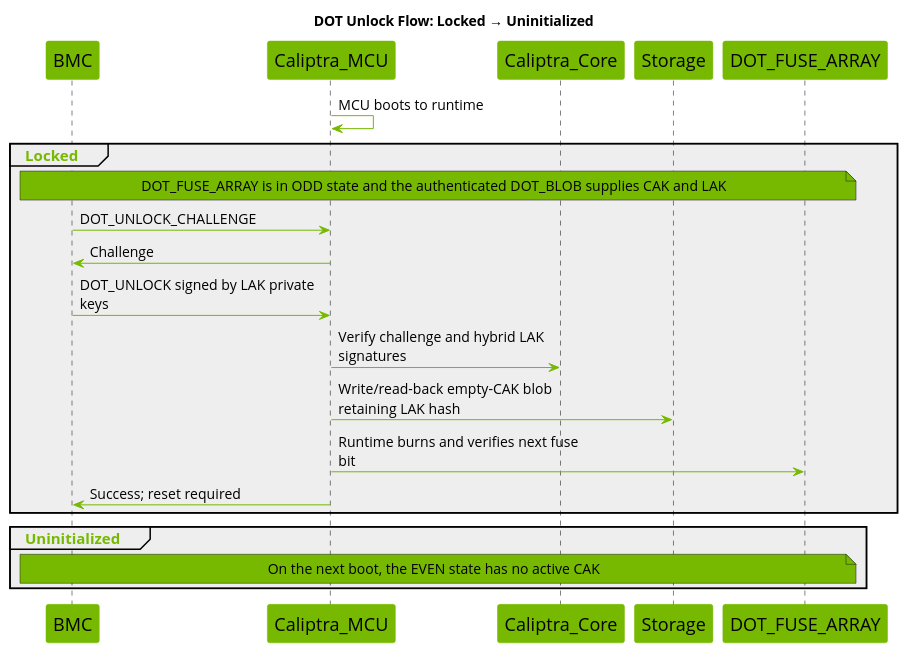
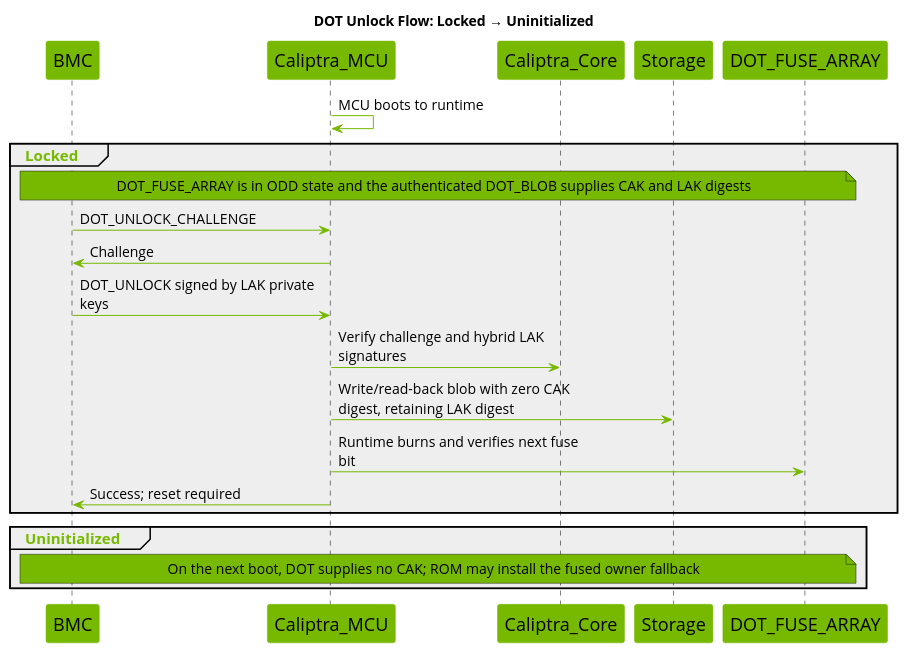
Before and after one commit to chipsalliance/caliptra-mcu-sw: the sixth of 7 diagrams in docs/src/dot.md, drawn with PlantUML. The commit also changed other lines of this file and 7 other files, not shown here.

````diff
--- a/docs/src/dot.md
+++ b/docs/src/dot.md
@@ -1194,54 +1160,54 @@
 ```plantuml
 @startuml
 
 title DOT Unlock Flow: Locked → Uninitialized
 
 skinparam maxMessageSize 250
 skinparam wrapWidth 700
 skinparam backgroundColor white
 skinparam NoteBackgroundColor #76b900
 skinparam NoteFontSize 14
 skinparam SequenceGroupBodyBackgroundColor #EEEEEE
 skinparam defaultFontName Open Sans
 
 skinparam sequence {
     ArrowColor #76b900
     ActorBorderColor #76b900
     LifeLineBorderColor #000000
     LifeLineBackgroundColor #76b900
     GroupHeaderFontsize 15
     GroupHeaderFontColor #76b900
     GroupFontSize 15
     GroupFontColor #76b900
     ArrowFontSize 15
     ParticipantBorderColor #76b900
     ParticipantBackgroundColor #76b900
     ParticipantFontSize 18
     ParticipantFontColor black
     ArrowFontSize 14
 }
 
 participant BMC
 participant Caliptra_MCU
 participant Caliptra_Core
 participant Storage
 participant DOT_FUSE_ARRAY
 
 Caliptra_MCU -> Caliptra_MCU : MCU boots to runtime
 group Locked
-    note across : DOT_FUSE_ARRAY is in ODD state and the authenticated DOT_BLOB supplies CAK and LAK
+    note across : DOT_FUSE_ARRAY is in ODD state and the authenticated DOT_BLOB supplies CAK and LAK digests
     BMC -> Caliptra_MCU : DOT_UNLOCK_CHALLENGE
     Caliptra_MCU -> BMC : Challenge
     BMC -> Caliptra_MCU : DOT_UNLOCK signed by LAK private keys
     Caliptra_MCU -> Caliptra_Core : Verify challenge and hybrid LAK signatures
-    Caliptra_MCU -> Storage : Write/read-back empty-CAK blob retaining LAK hash
+    Caliptra_MCU -> Storage : Write/read-back blob with zero CAK digest, retaining LAK digest
     Caliptra_MCU -> DOT_FUSE_ARRAY : Runtime burns and verifies next fuse bit
     Caliptra_MCU -> BMC : Success; reset required
 end
 
 group Uninitialized
-    note across : On the next boot, the EVEN state has no active CAK
+    note across : On the next boot, DOT supplies no CAK; ROM may install the fused owner fallback
 end
 
 @enduml
 ```
````
